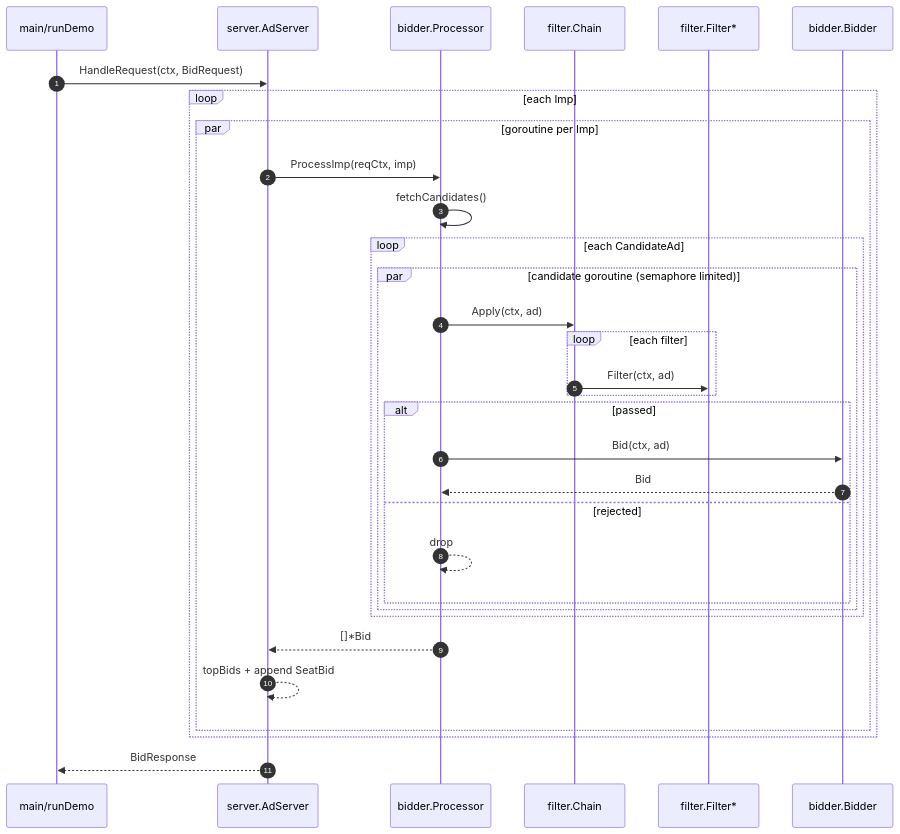
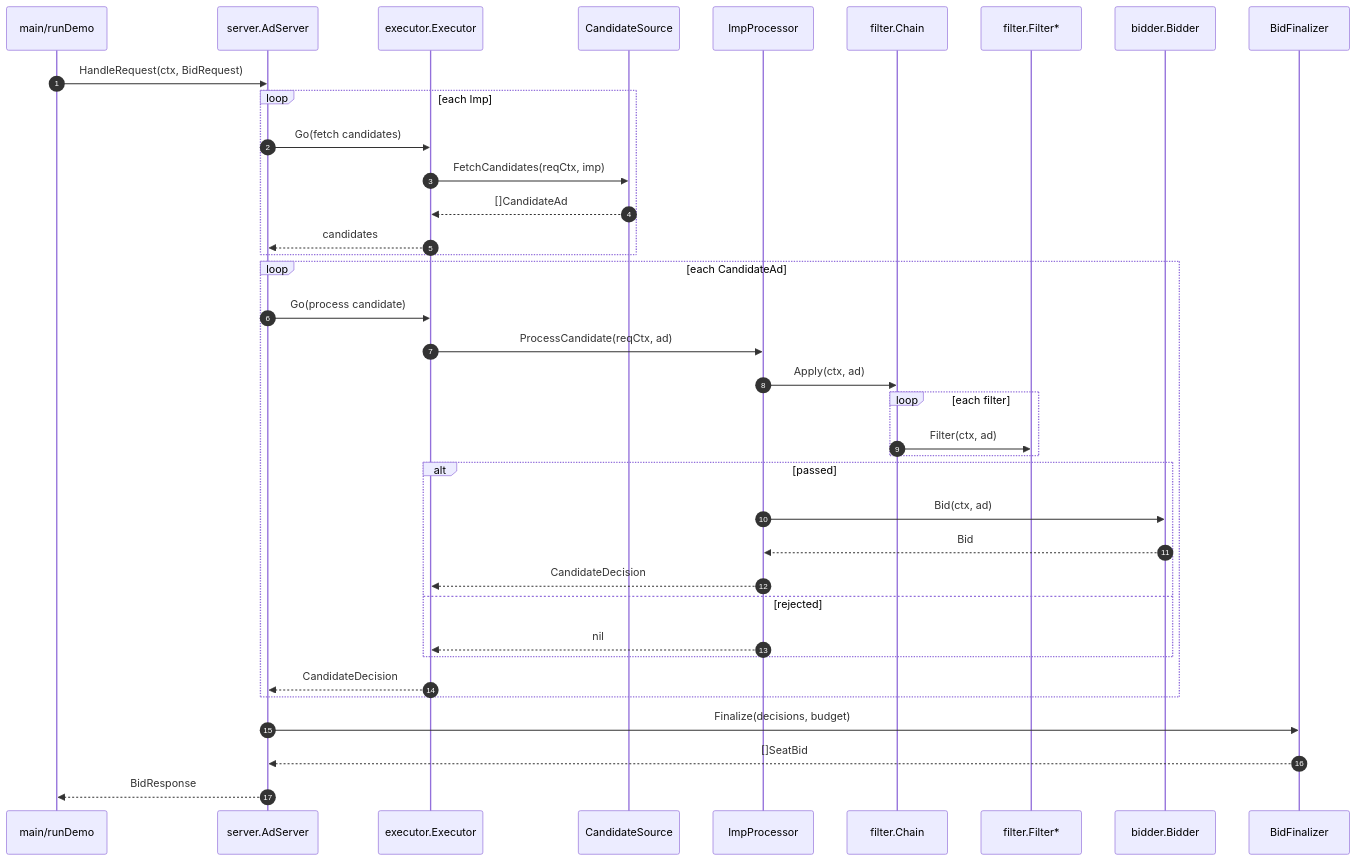
One commit to songfei1983/adreq changed the first of 2 diagrams in docs/sequence.en.md. Above: the diagram before and after it, drawn with Mermaid. The commit also changed other lines of this file and 27 other files, not shown here.

````diff
--- a/docs/sequence.en.md
+++ b/docs/sequence.en.md
@@ -10,35 +10,40 @@
 ```mermaid
 sequenceDiagram
   autonumber
   participant Caller as main/runDemo
   participant S as server.AdServer
-  participant P as bidder.Processor
+  participant E as executor.Executor
+  participant CS as CandidateSource
+  participant P as ImpProcessor
   participant FC as filter.Chain
   participant F as filter.Filter*
   participant B as bidder.Bidder
+  participant Fin as BidFinalizer
 
   Caller->>S: HandleRequest(ctx, BidRequest)
   loop each Imp
-    par goroutine per Imp
-      S->>P: ProcessImp(reqCtx, imp)
-      P->>P: fetchCandidates()
-      loop each CandidateAd
-        par candidate goroutine (semaphore limited)
-          P->>FC: Apply(ctx, ad)
-          loop each filter
-            FC->>F: Filter(ctx, ad)
-          end
-          alt passed
-            P->>B: Bid(ctx, ad)
-            B-->>P: Bid
-          else rejected
-            P-->>P: drop
-          end
-        end
-      end
-      P-->>S: []*Bid
-      S-->>S: topBids + append SeatBid
+    S->>E: Go(fetch candidates)
+    E->>CS: FetchCandidates(reqCtx, imp)
+    CS-->>E: []CandidateAd
+    E-->>S: candidates
+  end
+  loop each CandidateAd
+    S->>E: Go(process candidate)
+    E->>P: ProcessCandidate(reqCtx, ad)
+    P->>FC: Apply(ctx, ad)
+    loop each filter
+      FC->>F: Filter(ctx, ad)
     end
+    alt passed
+      P->>B: Bid(ctx, ad)
+      B-->>P: Bid
+      P-->>E: CandidateDecision
+    else rejected
+      P-->>E: nil
+    end
+    E-->>S: CandidateDecision
   end
+  S->>Fin: Finalize(decisions, budget)
+  Fin-->>S: []SeatBid
   S-->>Caller: BidResponse
 ```
````
